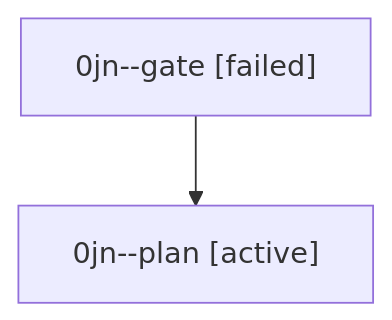
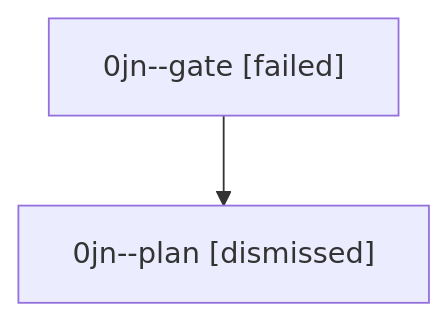
Before and after one commit to sase-org/sase--agents: the diagram in sessions/bbugyi200.athena.0jn.md, drawn with Mermaid. The commit also changed other lines of this file and 44 other files, not shown here.

````diff
--- a/sessions/bbugyi200.athena.0jn.md
+++ b/sessions/bbugyi200.athena.0jn.md
@@ -9,6 +9,6 @@
 ```mermaid
 flowchart TD
   n0["0jn--gate [failed]"]
-  n1["0jn--plan [active]"]
+  n1["0jn--plan [dismissed]"]
   n0 --> n1
 ```
````
